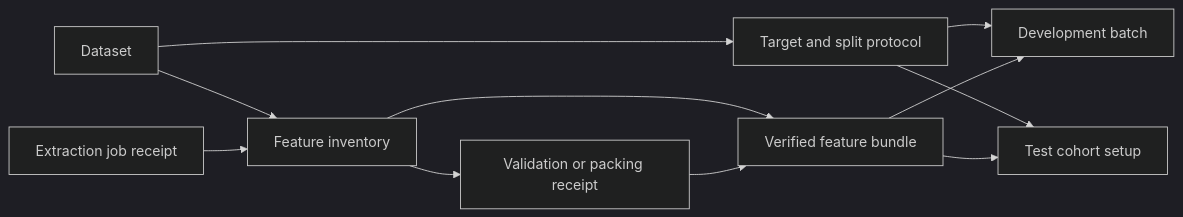
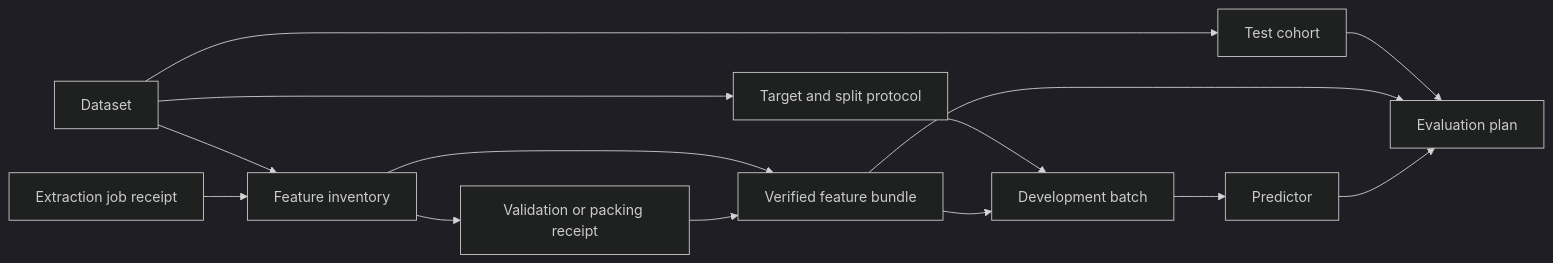
Before and after one commit to Lyce24/HistoPilot: the diagram in docs/WORKSPACE_CLEANUP.md, drawn with Mermaid (dark theme). The commit also changed other lines of this file and 150 other files, not shown here.

````diff
--- a/docs/WORKSPACE_CLEANUP.md
+++ b/docs/WORKSPACE_CLEANUP.md
@@ -23,13 +23,16 @@
 ```mermaid
 flowchart LR
     D[Dataset] --> T[Target and split protocol]
     D --> F[Feature inventory]
     X[Extraction job receipt] --> F
     F --> V[Validation or packing receipt]
     F --> B[Verified feature bundle]
     V --> B
     T --> M[Development batch]
     B --> M
-    T --> E[Test cohort setup]
-    B --> E
+    D --> E[Test cohort]
+    E --> R[Evaluation plan]
+    B --> R
+    M --> P[Predictor]
+    P --> R
 ```
````
